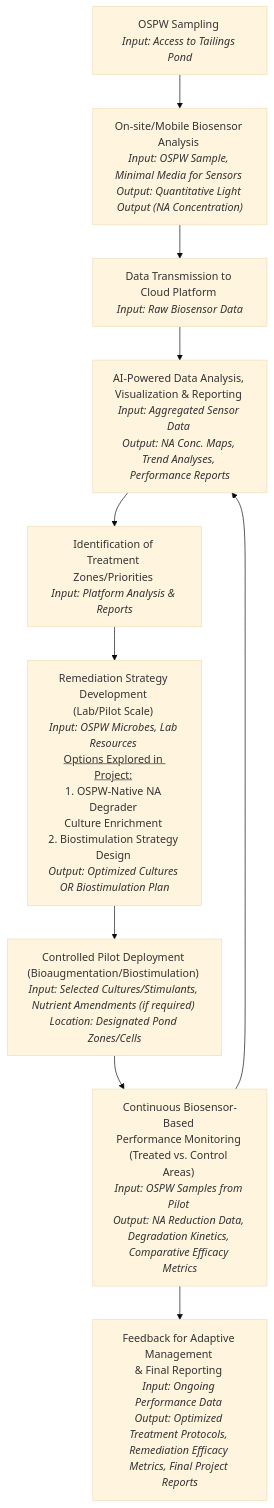
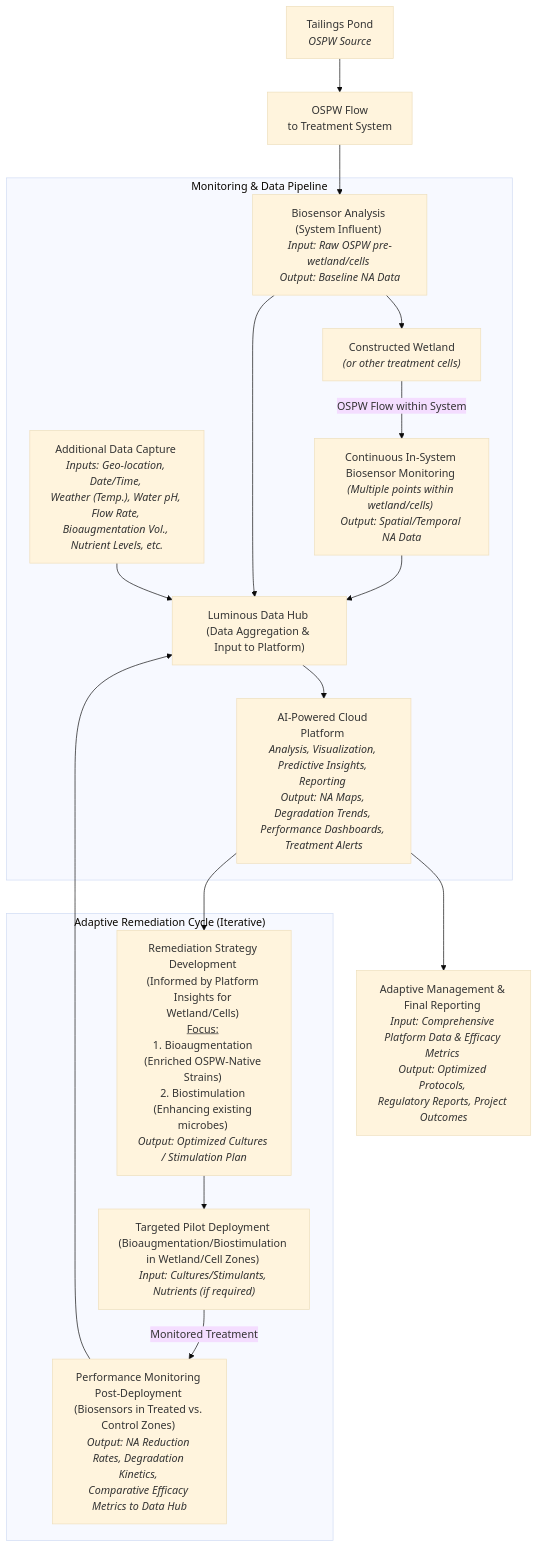
Before and after one commit to gregsaunders/luminous_obsidian_vault: the diagram in Grant Funding/ERA Industrial Transformation Challenge 2025/1.2 V2 Gemini Submission.md, drawn with Mermaid (base theme). The commit also changed other lines of this file and 2 other files, not shown here.

Commit message:
vault backup: 2025-05-27 15:38:53

````diff
--- a/Grant Funding/ERA Industrial Transformation Challenge 2025/1.2 V2 Gemini Submission.md
+++ b/Grant Funding/ERA Industrial Transformation Challenge 2025/1.2 V2 Gemini Submission.md
@@ -19,14 +19,45 @@
 ```mermaid
 graph TD
-    A["OSPW Sampling <br/><i>Input: Access to Tailings Pond</i>"] --> B;
-    B["On-site/Mobile Biosensor Analysis <br/><i>Input: OSPW Sample, Minimal Media for Sensors</i> <br/><i>Output: Quantitative Light Output (NA Concentration)</i>"] --> C;
-    C["Data Transmission to Cloud Platform <br/><i>Input: Raw Biosensor Data</i>"] --> D;
-    D["AI-Powered Data Analysis, <br/>Visualization & Reporting <br/><i>Input: Aggregated Sensor Data</i> <br/><i>Output: NA Conc. Maps, Trend Analyses, <br/>Performance Reports</i>"] --> E;
-    E["Identification of Treatment <br/>Zones/Priorities <br/><i>Input: Platform Analysis & Reports</i>"] --> F;
-    F["Remediation Strategy Development <br/>(Lab/Pilot Scale) <br/><i>Input: OSPW Microbes, Lab Resources</i> <br/><u>Options Explored in Project:</u> <br/>1. OSPW-Native NA Degrader <br/>Culture Enrichment <br/>2. Biostimulation Strategy Design <br/><i>Output: Optimized Cultures OR Biostimulation Plan</i>"] --> G;
-    G["Controlled Pilot Deployment <br/>(Bioaugmentation/Biostimulation) <br/><i>Input: Selected Cultures/Stimulants, <br/>Nutrient Amendments (if required)</i> <br/><i>Location: Designated Pond Zones/Cells</i>"] --> H;
-    H["Continuous Biosensor-Based <br/>Performance Monitoring <br/>(Treated vs. Control Areas) <br/><i>Input: OSPW Samples from Pilot</i> <br/><i>Output: NA Reduction Data, Degradation Kinetics, <br/>Comparative Efficacy Metrics</i>"] --> I;
-    I["Feedback for Adaptive Management <br/>& Final Reporting <br/><i>Input: Ongoing Performance Data</i> <br/><i>Output: Optimized Treatment Protocols, <br/>Remediation Efficacy Metrics, Final Project Reports</i>"];
-    H --> D;
-    %% Iterative Feedback to Data Platform
+    A_POND["Tailings Pond <br/><i>OSPW Source</i>"] --> B_FLOW["OSPW Flow <br/>to Treatment System"];
+
+    subgraph "Monitoring & Data Pipeline"
+        C1_INFLUENT_MON["Biosensor Analysis (System Influent) <br/><i>Input: Raw OSPW pre-wetland/cells</i> <br/><i>Output: Baseline NA Data</i>"];
+        C_CW["Constructed Wetland <br/><i>(or other treatment cells)</i>"];
+        
+        E_IN_SYSTEM_MON["Continuous In-System Biosensor Monitoring <br/><i>(Multiple points within wetland/cells)</i> <br/><i>Output: Spatial/Temporal NA Data</i>"];
+        
+        OTHER_INPUTS["Additional Data Capture <br/><i>Inputs: Geo-location, Date/Time, <br/>Weather (Temp.), Water pH, Flow Rate, <br/>Bioaugmentation Vol., Nutrient Levels, etc.</i>"];
+        
+        DATA_HUB["Luminous Data Hub <br/>(Data Aggregation & Input to Platform)"];
+
+        G_PLATFORM["AI-Powered Cloud Platform <br/><i>Analysis, Visualization, Predictive Insights, Reporting</i> <br/><i>Output: NA Maps, Degradation Trends, <br/>Performance Dashboards, Treatment Alerts</i>"];
+        
+        %% Internal connections for Monitoring & Data Pipeline
+        C1_INFLUENT_MON --> C_CW;
+        C_CW -- OSPW Flow within System --> E_IN_SYSTEM_MON;
+        E_IN_SYSTEM_MON --> DATA_HUB;
+        C1_INFLUENT_MON --> DATA_HUB; 
+        OTHER_INPUTS --> DATA_HUB;
+        DATA_HUB --> G_PLATFORM;
+    end
+
+    subgraph "Adaptive Remediation Cycle (Iterative)"
+        H_STRATEGY["Remediation Strategy Development <br/>(Informed by Platform Insights for Wetland/Cells) <br/><u>Focus:</u> <br/>1. Bioaugmentation (Enriched OSPW-Native Strains) <br/>2. Biostimulation (Enhancing existing microbes) <br/><i>Output: Optimized Cultures / Stimulation Plan</i>"];
+        
+        I_DEPLOY["Targeted Pilot Deployment <br/>(Bioaugmentation/Biostimulation in Wetland/Cell Zones) <br/><i>Input: Cultures/Stimulants, Nutrients (if required)</i>"];
+        
+        J_PERF_MON["Performance Monitoring Post-Deployment <br/>(Biosensors in Treated vs. Control Zones) <br/><i>Output: NA Reduction Rates, Degradation Kinetics, <br/>Comparative Efficacy Metrics to Data Hub</i>"];
+
+        %% Internal connections for Adaptive Remediation Cycle
+        G_PLATFORM --> H_STRATEGY; 
+        H_STRATEGY --> I_DEPLOY;
+        I_DEPLOY -- Monitored Treatment --> J_PERF_MON; 
+    end
+
+    K_MGMT["Adaptive Management & Final Reporting <br/><i>Input: Comprehensive Platform Data & Efficacy Metrics</i> <br/><i>Output: Optimized Protocols, <br/>Regulatory Reports, Project Outcomes</i>"];
+    
+    %% Connections between main flow and subgraphs / final steps
+    B_FLOW --> C1_INFLUENT_MON; 
+    J_PERF_MON --> DATA_HUB;    
+    G_PLATFORM --> K_MGMT;
 ```
````
